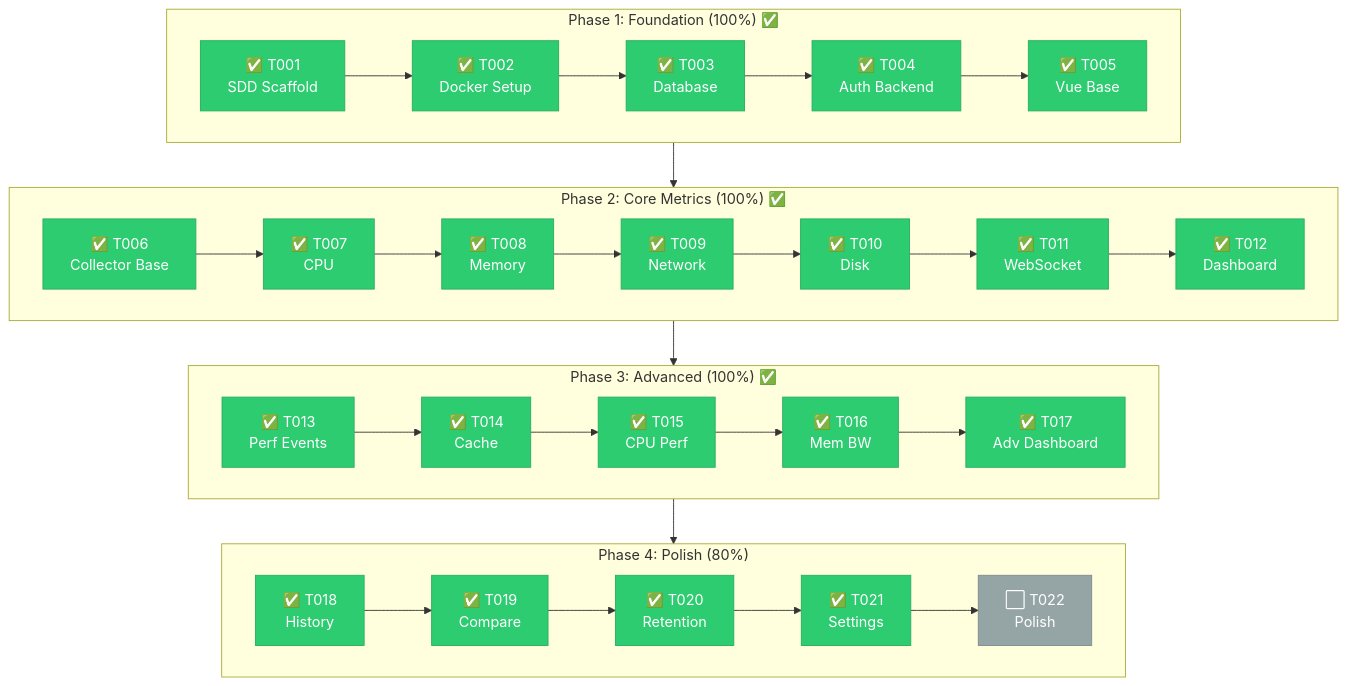
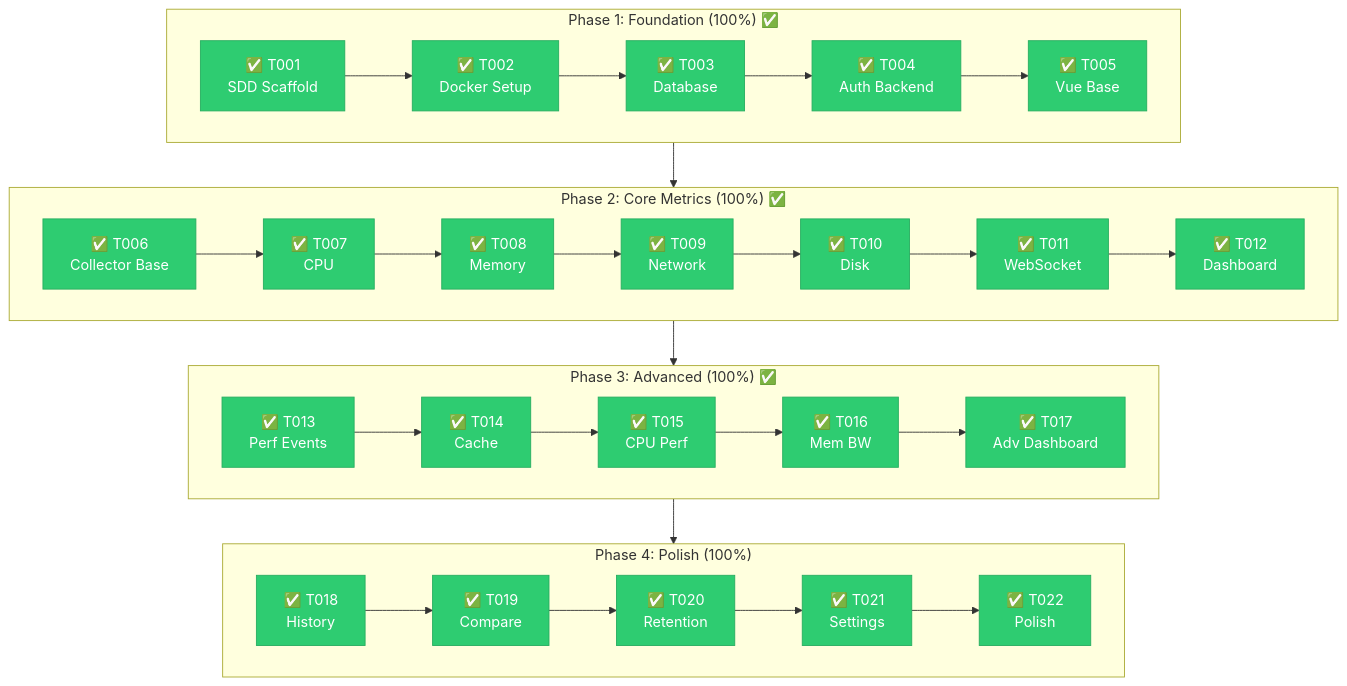
The diagram in README.md (zhyndalf/perfwatch), drawn with Mermaid before and after one commit. The commit also changed other lines of this file and 13 other files, not shown here.

````diff
--- a/README.md
+++ b/README.md
@@ -19,50 +19,49 @@
 ```mermaid
 flowchart TB
     subgraph P1["Phase 1: Foundation (100%) ✅"]
         T001["✅ T001<br/>SDD Scaffold"]
         T002["✅ T002<br/>Docker Setup"]
         T003["✅ T003<br/>Database"]
         T004["✅ T004<br/>Auth Backend"]
         T005["✅ T005<br/>Vue Base"]
         T001 --> T002 --> T003 --> T004 --> T005
     end
 
     subgraph P2["Phase 2: Core Metrics (100%) ✅"]
         T006["✅ T006<br/>Collector Base"]
         T007["✅ T007<br/>CPU"]
         T008["✅ T008<br/>Memory"]
         T009["✅ T009<br/>Network"]
         T010["✅ T010<br/>Disk"]
         T011["✅ T011<br/>WebSocket"]
         T012["✅ T012<br/>Dashboard"]
         T006 --> T007 --> T008 --> T009 --> T010 --> T011 --> T012
     end
 
     subgraph P3["Phase 3: Advanced (100%) ✅"]
         T013["✅ T013<br/>Perf Events"]
         T014["✅ T014<br/>Cache"]
         T015["✅ T015<br/>CPU Perf"]
         T016["✅ T016<br/>Mem BW"]
         T017["✅ T017<br/>Adv Dashboard"]
         T013 --> T014 --> T015 --> T016 --> T017
     end
 
-    subgraph P4["Phase 4: Polish (80%)"]
+    subgraph P4["Phase 4: Polish (100%)"]
         T018["✅ T018<br/>History"]
         T019["✅ T019<br/>Compare"]
         T020["✅ T020<br/>Retention"]
         T021["✅ T021<br/>Settings"]
-        T022["⬜ T022<br/>Polish"]
+        T022["✅ T022<br/>Polish"]
         T018 --> T019 --> T020 --> T021 --> T022
     end
 
     P1 --> P2 --> P3 --> P4
 
     %% Styles
     classDef done fill:#2ecc71,stroke:#27ae60,color:#fff
     classDef progress fill:#f39c12,stroke:#e67e22,color:#fff
     classDef todo fill:#95a5a6,stroke:#7f8c8d,color:#fff
 
-    class T001,T002,T003,T004,T005,T006,T007,T008,T009,T010,T011,T012,T013,T014,T015,T016,T017,T018,T019,T020,T021 done
-    class T022 todo
+    class T001,T002,T003,T004,T005,T006,T007,T008,T009,T010,T011,T012,T013,T014,T015,T016,T017,T018,T019,T020,T021,T022 done
 ```
````
